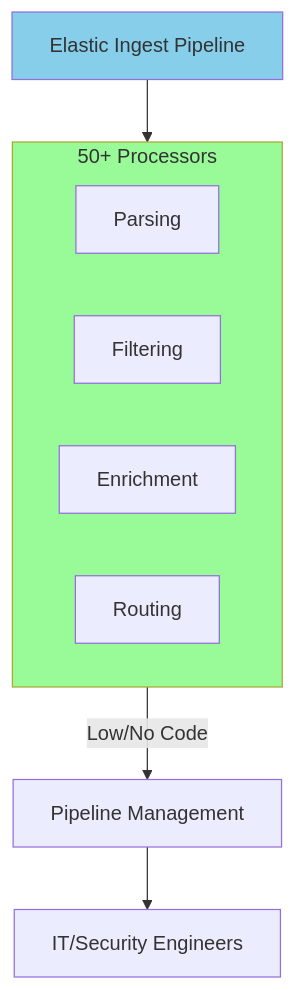
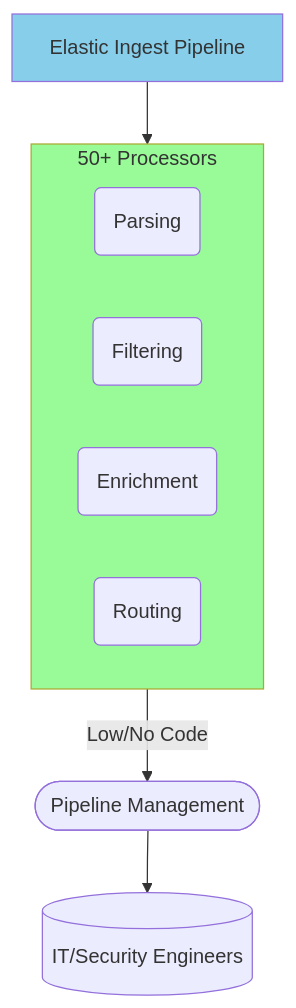
The sixth of 7 diagrams in docs/README.mdx (VirtualMetric/virtualmetric-docs), drawn with Mermaid before and after one commit. The commit also changed other lines of this file and 10 other files, not shown here.

````diff
--- a/docs/README.mdx
+++ b/docs/README.mdx
@@ -177,18 +177,18 @@
 ```mermaid
 graph TD
     EIP[Elastic Ingest Pipeline]
     
     subgraph Processors[50+ Processors]
-        P1[Parsing]
-        P2[Filtering]
-        P3[Enrichment]
-        P4[Routing]
+        P1(Parsing)
+        P2(Filtering)
+        P3(Enrichment)
+        P4(Routing)
     end
     
     EIP --> Processors
-    Processors --> |Low/No Code| Management[Pipeline Management]
-    Management --> Engineers[IT/Security Engineers]
+    Processors --> |Low/No Code| Management([Pipeline Management])
+    Management --> Engineers[(IT/Security Engineers)]
     
     style EIP fill:#87CEEB
     style Processors fill:#98FB98
 ```
````
